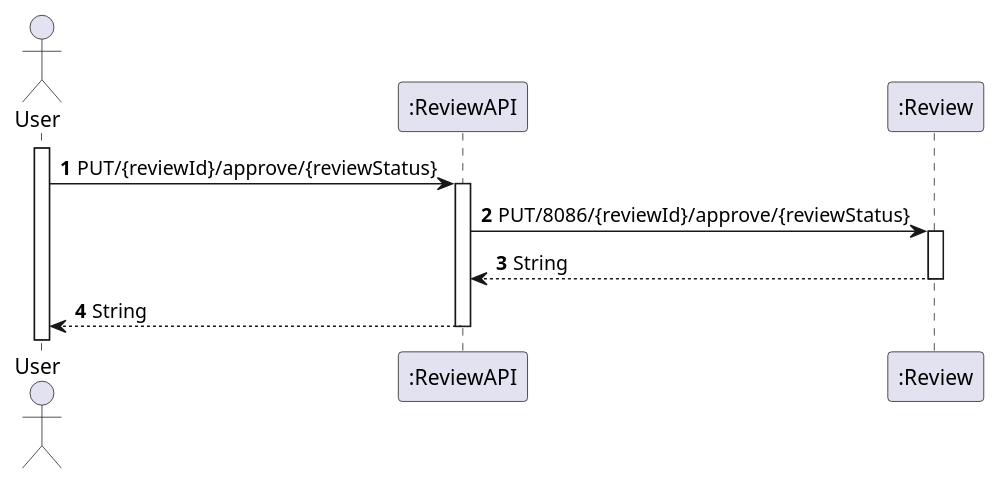
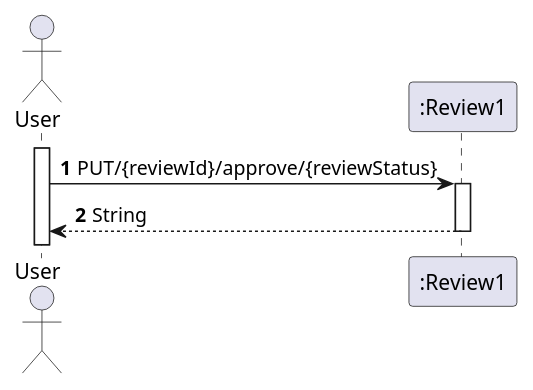
The diagram in Documentos/SIDIS/Review_approveRejectReview.puml (giovannaFantacini/ReviewAPI), drawn with PlantUML before and after one commit. The commit also changed 9 other files, not shown here.

Commit message:
Diagramas

```diff
--- a/Documentos/SIDIS/Review_approveRejectReview.puml
+++ b/Documentos/SIDIS/Review_approveRejectReview.puml
@@ -1,17 +1,14 @@
 @startuml
 'https://plantuml.com/sequence-diagram
 
 autoactivate on
 autonumber
 
 actor "User" as User
-participant ":ReviewAPI" as rev1
-participant ":Review" as rev2
+participant ":Review1" as rev1
 
 activate User
 
 User -> rev1: PUT/{reviewId}/approve/{reviewStatus}
-rev1 -> rev2: PUT/8086/{reviewId}/approve/{reviewStatus}
-rev2 -->rev1: String
 rev1 --> User: String
 @enduml
```
